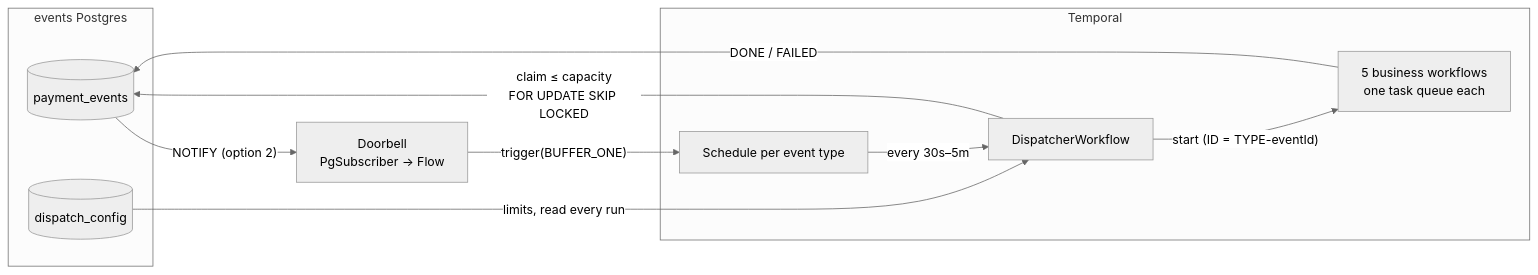
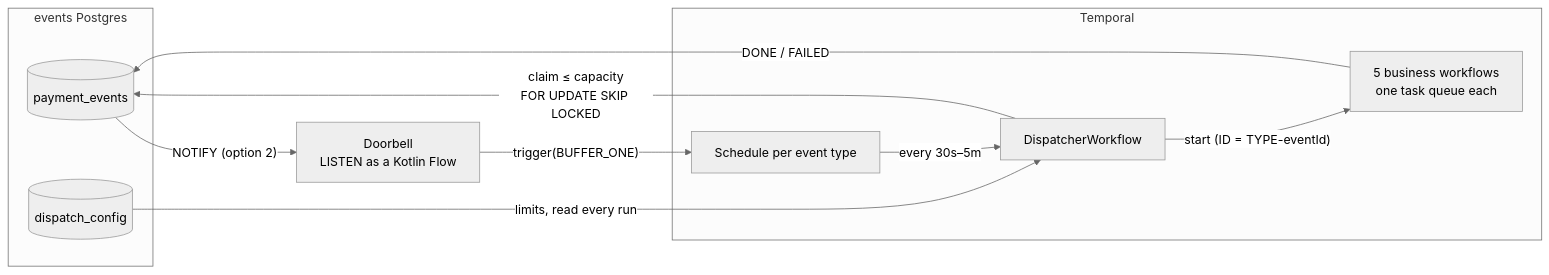
The diagram in README.md (arunav-bhattacharya/temporal-dispatcher-poc), drawn with Mermaid (neutral theme) before and after one commit. The commit also changed other lines of this file and 4 other files, not shown here.

First line of the commit message:
Doorbell as a pure Kotlin Flow; rewrite the comparison page as a walkthrough

````diff
--- a/README.md
+++ b/README.md
@@ -16,19 +16,19 @@
 ```mermaid
 flowchart LR
     subgraph PG[events Postgres]
         T[(payment_events)]
         C[(dispatch_config)]
     end
     subgraph TS[Temporal]
         S1[Schedule per event type]
         D[DispatcherWorkflow]
         W[5 business workflows<br/>one task queue each]
     end
-    T -- "NOTIFY (option 2)" --> B[Doorbell<br/>PgSubscriber → Flow]
+    T -- "NOTIFY (option 2)" --> B[Doorbell<br/>LISTEN as a Kotlin Flow]
     B -- "trigger(BUFFER_ONE)" --> S1
     S1 -- "every 30s–5m" --> D
     D -- "claim ≤ capacity<br/>FOR UPDATE SKIP LOCKED" --> T
     C -- "limits, read every run" --> D
     D -- "start (ID = TYPE-eventId)" --> W
     W -- "DONE / FAILED" --> T
 ```
````
